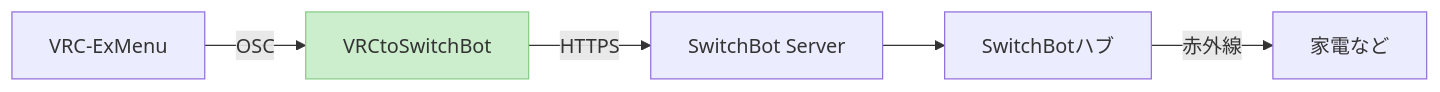
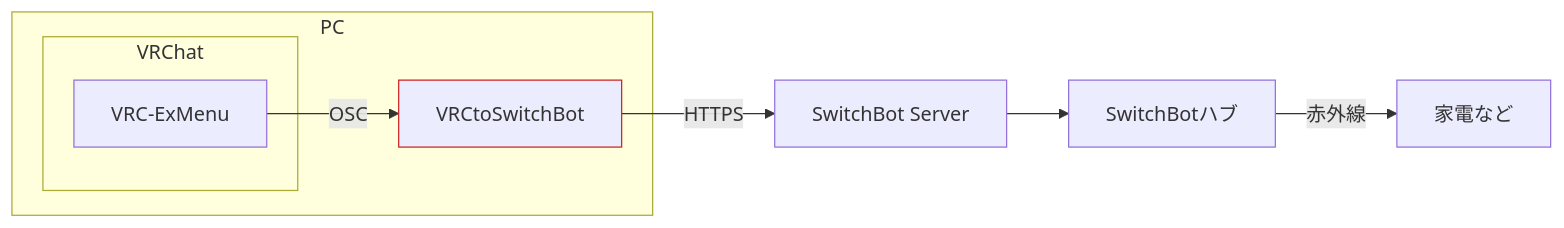
One commit to aruma256/VRCtoSwitchBot changed the diagram in README.md. Above: the diagram before and after it, drawn with Mermaid.

Commit message:
Updated flowchart in README

````diff
--- a/README.md
+++ b/README.md
@@ -9,5 +9,11 @@
 ```mermaid
 flowchart LR
+subgraph PC
+    subgraph VRChat
+        VRC-ExMenu
+    end
+    VRCtoSwitchBot
+end
 VRC-ExMenu -->|OSC| VRCtoSwitchBot -->|HTTPS| Server["SwitchBot Server"] --> Hub["SwitchBotハブ"] -->|赤外線| kaden["家電など"]
-style VRCtoSwitchBot fill:#cec,stroke:#8c8
+style VRCtoSwitchBot stroke:#c22
 ```
````
